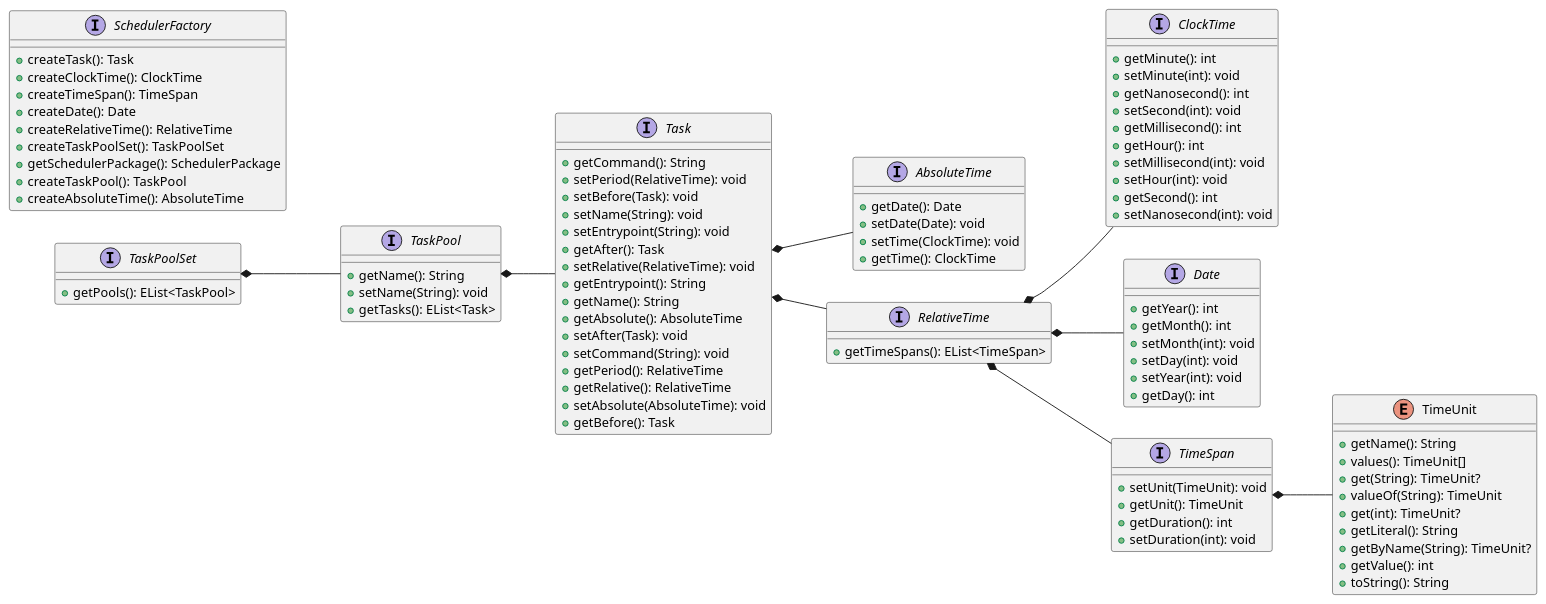
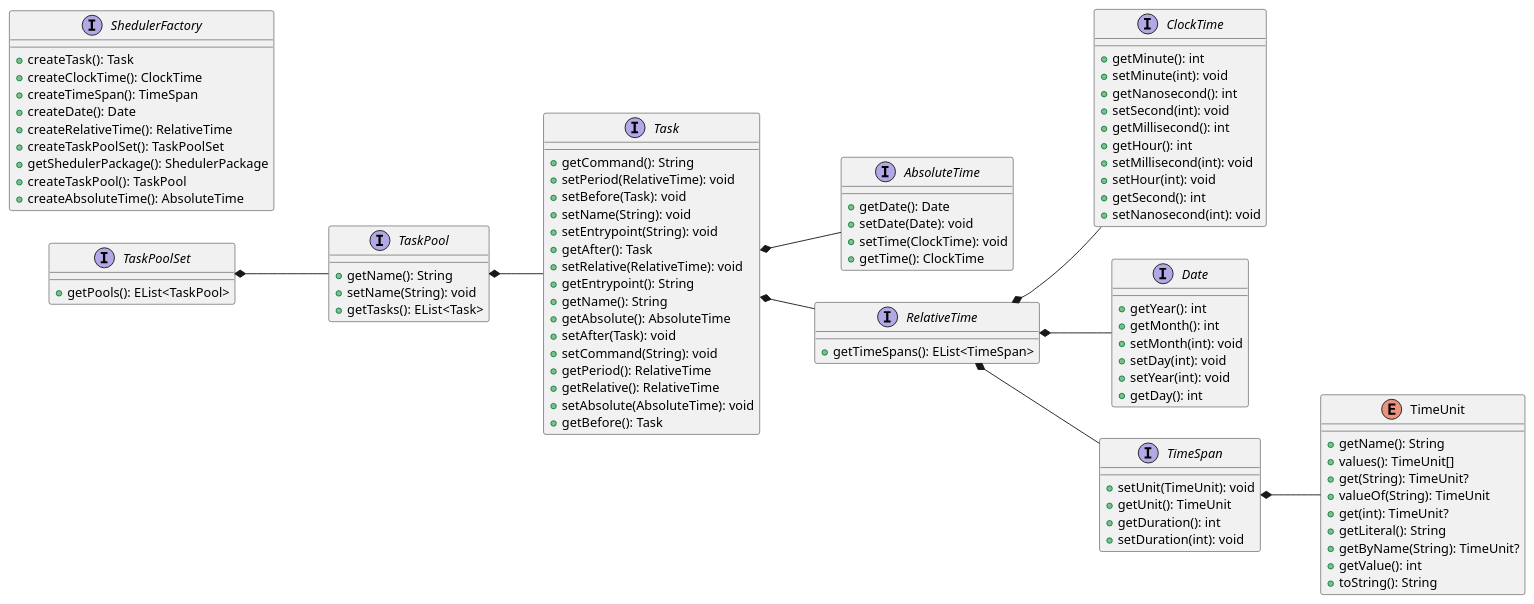
Before and after one commit to unibo-spe/spe-slides: the fourth of 4 diagrams in content/11-mdd/_index.md, drawn with PlantUML. The commit also changed other lines of this file, not shown here.

Commit message:
Restore intended Sheduler naming in MDD slides

```diff
--- a/content/11-mdd/_index.md
+++ b/content/11-mdd/_index.md
@@ -825,14 +825,14 @@
 interface RelativeTime  {
   + getTimeSpans(): EList<TimeSpan>
 }
-interface SchedulerFactory  {
+interface ShedulerFactory  {
   + createTask(): Task
   + createClockTime(): ClockTime
   + createTimeSpan(): TimeSpan
   + createDate(): Date
   + createRelativeTime(): RelativeTime
   + createTaskPoolSet(): TaskPoolSet
-  + getSchedulerPackage(): SchedulerPackage
+  + getShedulerPackage(): ShedulerPackage
   + createTaskPool(): TaskPool
   + createAbsoluteTime(): AbsoluteTime
 }
```
